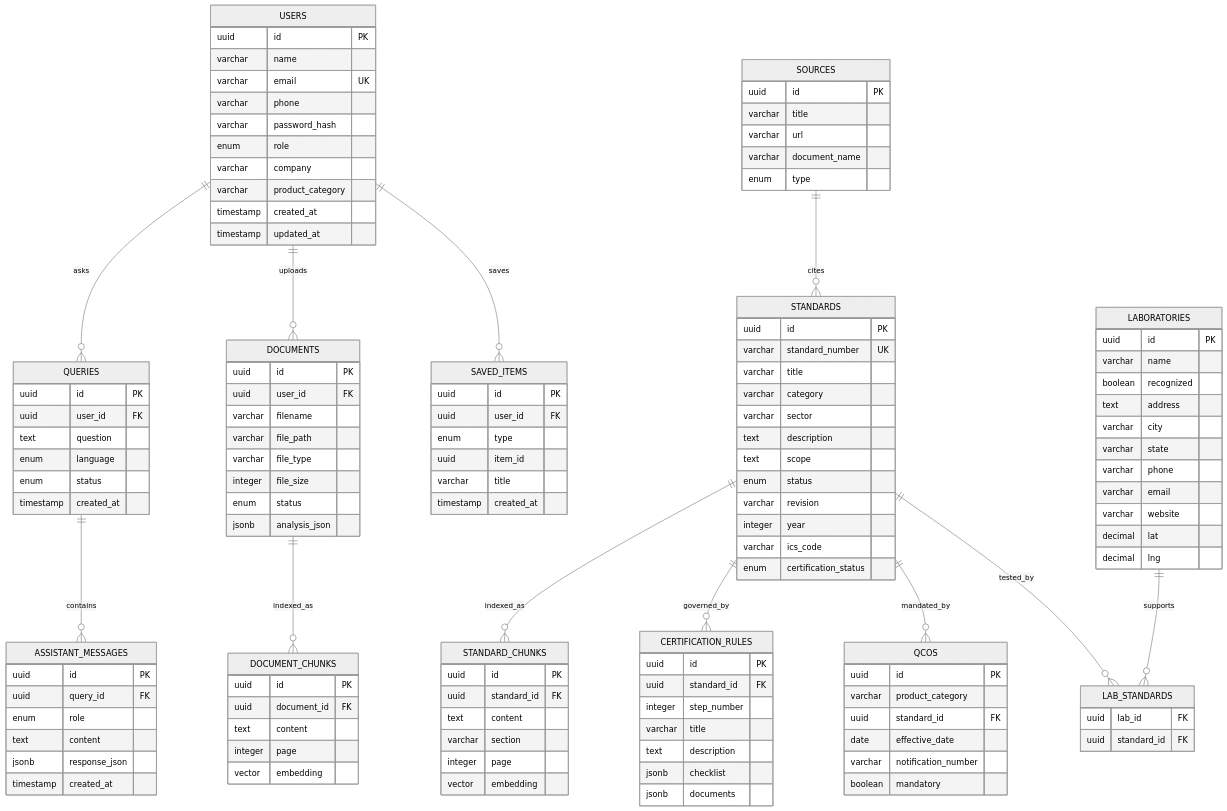
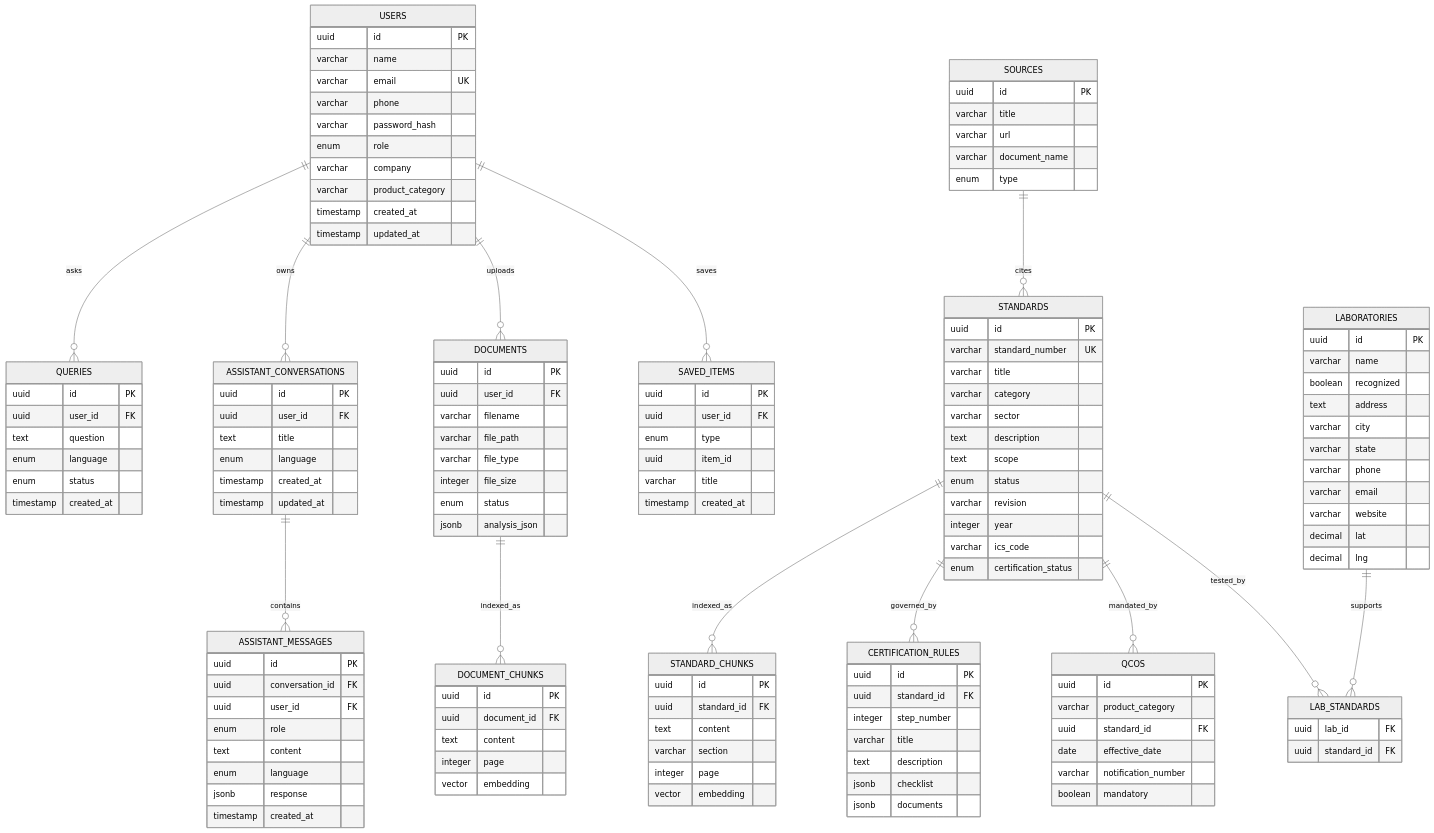
One commit to NIshantverma-MAX/sih2026 changed the sixth of 8 diagrams in README.md. Above: the diagram before and after it, drawn with Mermaid (neutral theme). The commit also changed other lines of this file and 11 other files, not shown here.

````diff
--- a/README.md
+++ b/README.md
@@ -152,9 +152,10 @@
 ```mermaid
 erDiagram
   USERS ||--o{ QUERIES : asks
+  USERS ||--o{ ASSISTANT_CONVERSATIONS : owns
   USERS ||--o{ DOCUMENTS : uploads
   USERS ||--o{ SAVED_ITEMS : saves
-  QUERIES ||--o{ ASSISTANT_MESSAGES : contains
+  ASSISTANT_CONVERSATIONS ||--o{ ASSISTANT_MESSAGES : contains
   STANDARDS ||--o{ STANDARD_CHUNKS : indexed_as
   STANDARDS ||--o{ CERTIFICATION_RULES : governed_by
   STANDARDS ||--o{ QCOS : mandated_by
@@ -236,12 +237,23 @@
     timestamp created_at
   }
 
+  ASSISTANT_CONVERSATIONS {
+    uuid id PK
+    uuid user_id FK
+    text title
+    enum language
+    timestamp created_at
+    timestamp updated_at
+  }
+
   ASSISTANT_MESSAGES {
     uuid id PK
-    uuid query_id FK
+    uuid conversation_id FK
+    uuid user_id FK
     enum role
     text content
-    jsonb response_json
+    enum language
+    jsonb response
     timestamp created_at
   }
 
````
